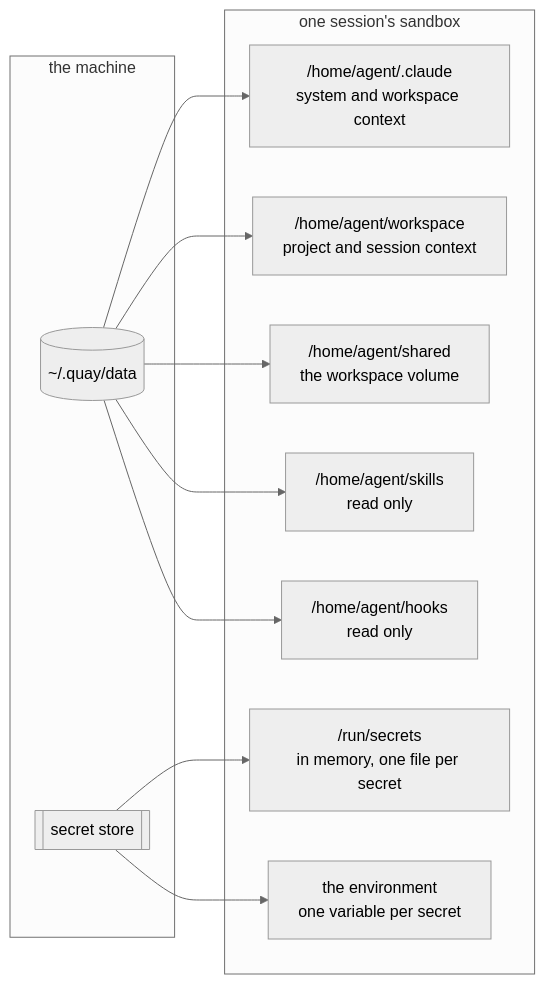
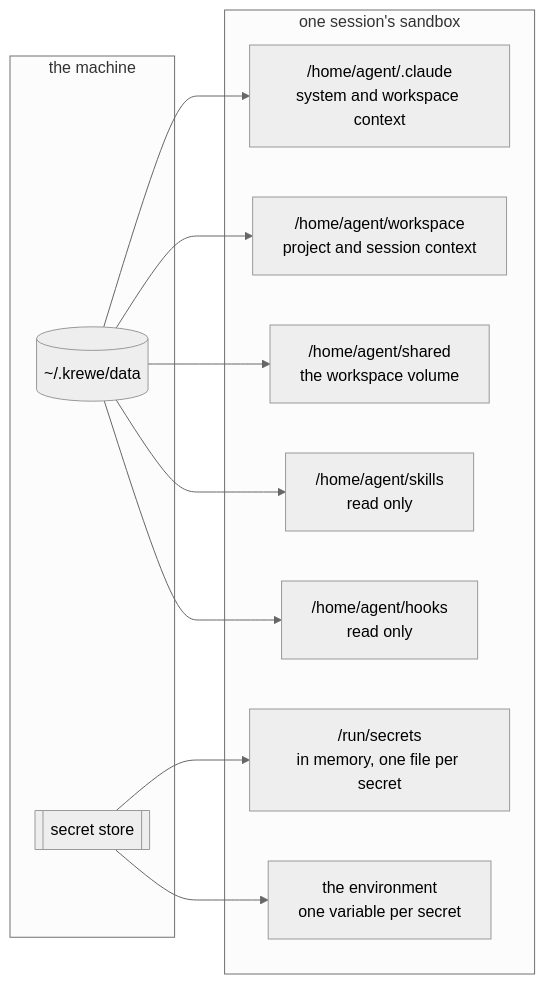
One commit to atlantic-blue/quay-crew changed the diagram in docs/WORKSPACE.md. Above: the diagram before and after it, drawn with Mermaid (neutral theme). The commit also changed other lines of this file and 27 other files, not shown here.

````diff
--- a/docs/WORKSPACE.md
+++ b/docs/WORKSPACE.md
@@ -14,23 +14,23 @@
 ```mermaid
 flowchart LR
   subgraph host["the machine"]
-    store[("~/.quay/data")]
+    store[("~/.krewe/data")]
     secrets[["secret store"]]
   end
   subgraph box["one session's sandbox"]
     claude["/home/agent/.claude<br/>system and workspace context"]
     wd["/home/agent/workspace<br/>project and session context"]
     shared["/home/agent/shared<br/>the workspace volume"]
     skills["/home/agent/skills<br/>read only"]
     hooks["/home/agent/hooks<br/>read only"]
     files["/run/secrets<br/>in memory, one file per secret"]
     env["the environment<br/>one variable per secret"]
   end
   store --> claude
   store --> wd
   store --> shared
   store --> skills
   store --> hooks
   secrets --> files
   secrets --> env
 ```
````
